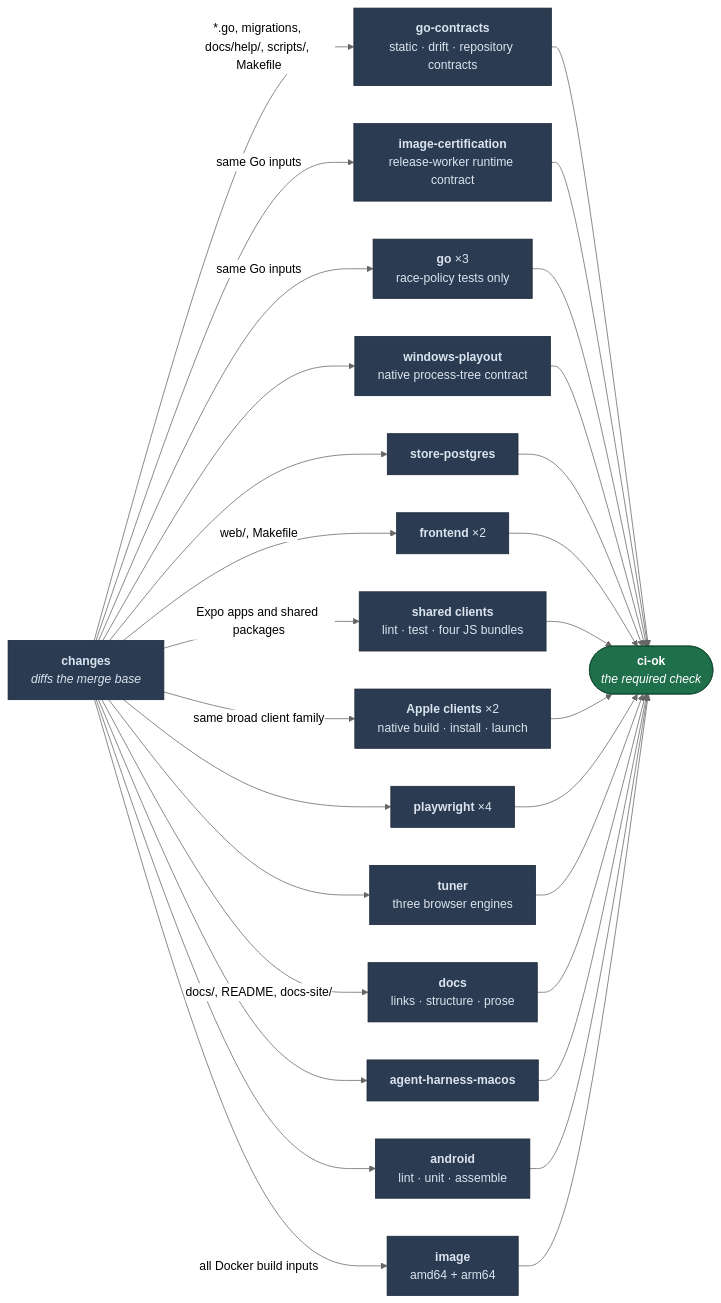
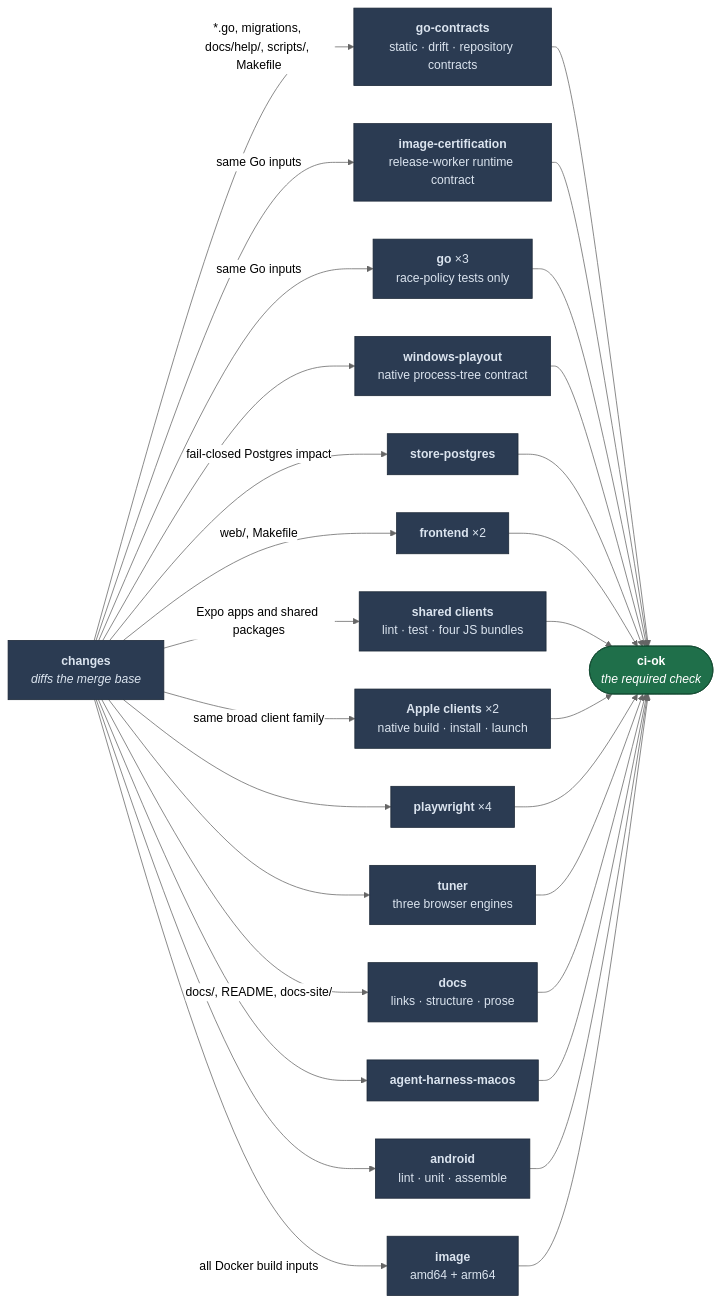
One commit to loomarr/loomarr changed the diagram in docs/dev/ci.md. Above: the diagram before and after it, drawn with Mermaid (neutral theme). The commit also changed other lines of this file and 11 other files, not shown here.

Commit message:
ci: activate fail-closed Postgres impact

````diff
--- a/docs/dev/ci.md
+++ b/docs/dev/ci.md
@@ -3,53 +3,53 @@
 ```mermaid
 graph LR
   C["<b>changes</b><br/><i>diffs the merge base</i>"]
   GC["<b>go-contracts</b><br/>static · drift · repository contracts"]
   RC["<b>image-certification</b><br/>release-worker runtime contract"]
   G["<b>go</b> ×3<br/>race-policy tests only"]
   X["<b>windows-playout</b><br/>native process-tree contract"]
   P["<b>store-postgres</b>"]
   F["<b>frontend</b> ×2"]
   CJS["<b>shared clients</b><br/>lint · test · four JS bundles"]
   AP["<b>Apple clients</b> ×2<br/>native build · install · launch"]
   W["<b>playwright</b> ×4"]
   T["<b>tuner</b><br/>three browser engines"]
   D["<b>docs</b><br/>links · structure · prose"]
   A["<b>agent-harness-macos</b>"]
   N["<b>android</b><br/>lint · unit · assemble"]
   I["<b>image</b><br/>amd64 + arm64"]
   OK(["<b>ci-ok</b><br/><i>the required check</i>"])
 
   C -->|"*.go, migrations, docs/help/, scripts/, Makefile"| GC
   C -->|"same Go inputs"| G
   C -->|"same Go inputs"| RC
   C --> X
-  C --> P
+  C -->|"fail-closed Postgres impact"| P
   C -->|"web/, Makefile"| F
   C -->|"Expo apps and shared packages"| CJS
   C -->|"same broad client family"| AP
   C --> W
   C --> T
   C -->|"docs/, README, docs-site/"| D
   C --> A
   C --> N
   C -->|"all Docker build inputs"| I
   GC --> OK
   RC --> OK
   G --> OK
   X --> OK
   P --> OK
   F --> OK
   CJS --> OK
   AP --> OK
   W --> OK
   T --> OK
   D --> OK
   A --> OK
   N --> OK
   I --> OK
 
   classDef gate fill:#1f6f4a,stroke:#134a31,color:#fff
   classDef job fill:#2b3b52,stroke:#1b2736,color:#dbe4ef
   class OK gate
   class C,GC,RC,G,X,P,F,CJS,AP,W,T,D,A,N,I job
 ```
````
